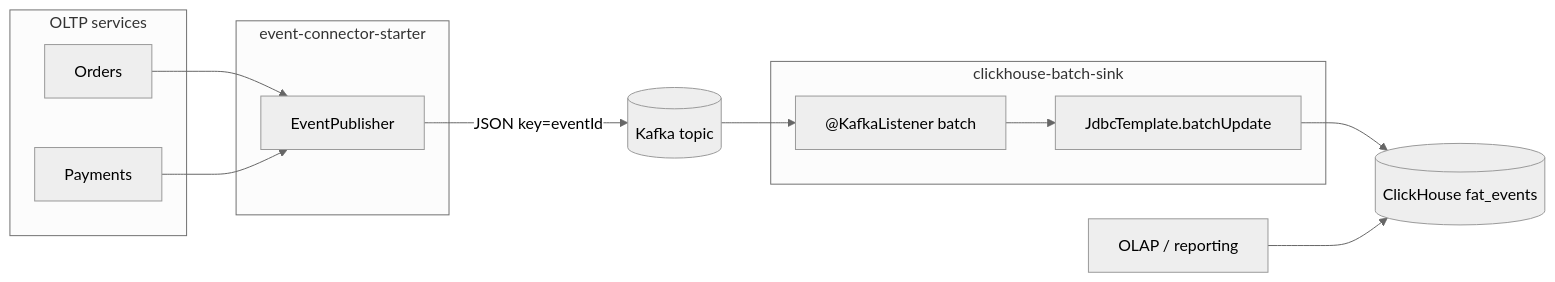
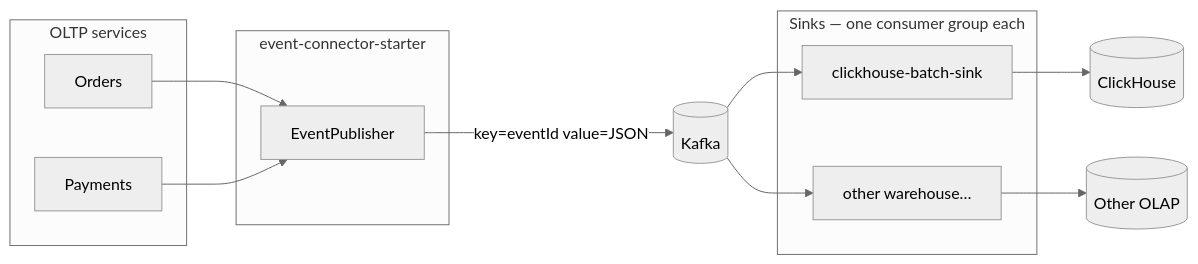
Before and after one commit to AnaSyLabs/AnaSy: the first of 3 diagrams in docs/hld.md, drawn with Mermaid (neutral theme). The commit also changed other lines of this file and 8 other files, not shown here.

First line of the commit message:
Refine ANASy documentation and architecture details

````diff
--- a/docs/hld.md
+++ b/docs/hld.md
@@ -15,29 +15,29 @@
 ```mermaid
 flowchart LR
   subgraph oltp [OLTP services]
     Orders
     Payments
   end
 
   subgraph starter ["event-connector-starter"]
     EP[EventPublisher]
   end
 
-  Kafka[(Kafka topic)]
+  Kafka[(Kafka)]
 
-  subgraph sink ["clickhouse-batch-sink"]
-    Listener["@KafkaListener batch"]
-    JDBC["JdbcTemplate.batchUpdate"]
+  subgraph sinks [Sinks — one consumer group each]
+    CH[clickhouse-batch-sink]
+    Other[other warehouse…]
   end
 
-  CH[(ClickHouse fat_events)]
-  OLAP[OLAP / reporting]
+  CHDB[(ClickHouse)]
+  OtherDB[(Other OLAP)]
 
   Orders --> EP
   Payments --> EP
-  EP -->|JSON key=eventId| Kafka
-  Kafka --> Listener
-  Listener --> JDBC
-  JDBC --> CH
-  OLAP --> CH
+  EP -->|key=eventId value=JSON| Kafka
+  Kafka --> CH
+  Kafka --> Other
+  CH --> CHDB
+  Other --> OtherDB
 ```
````
